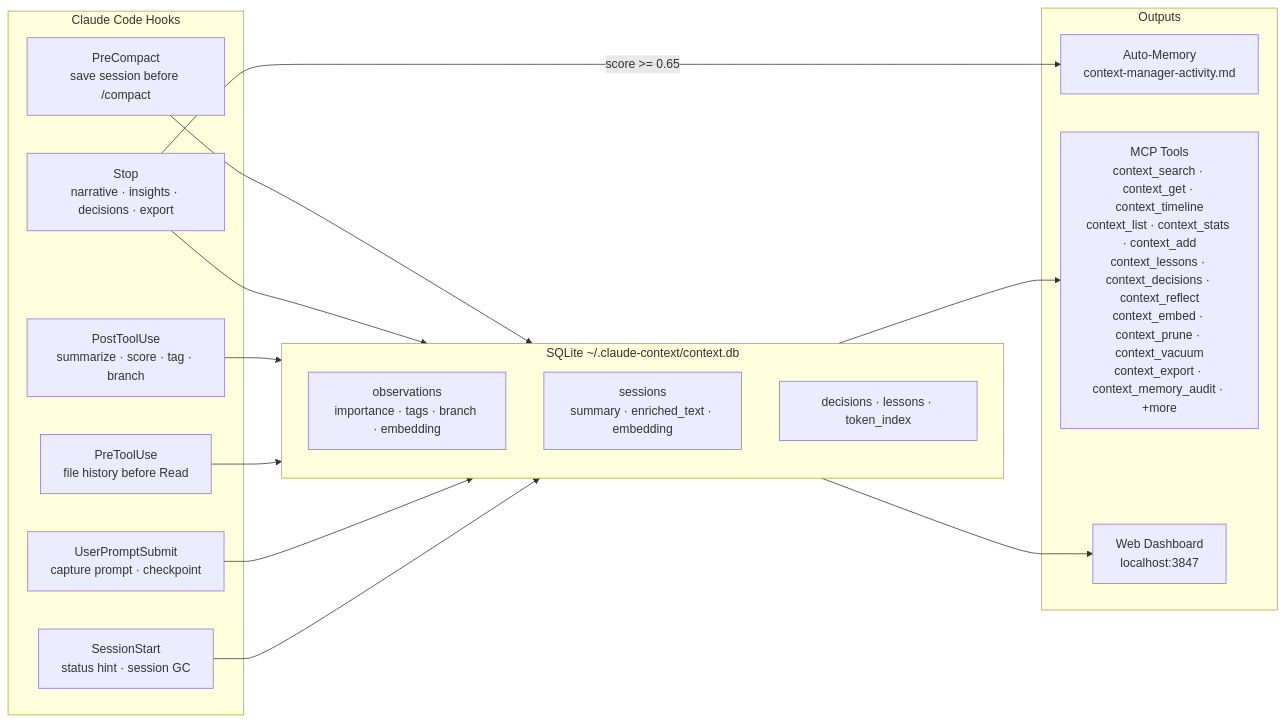
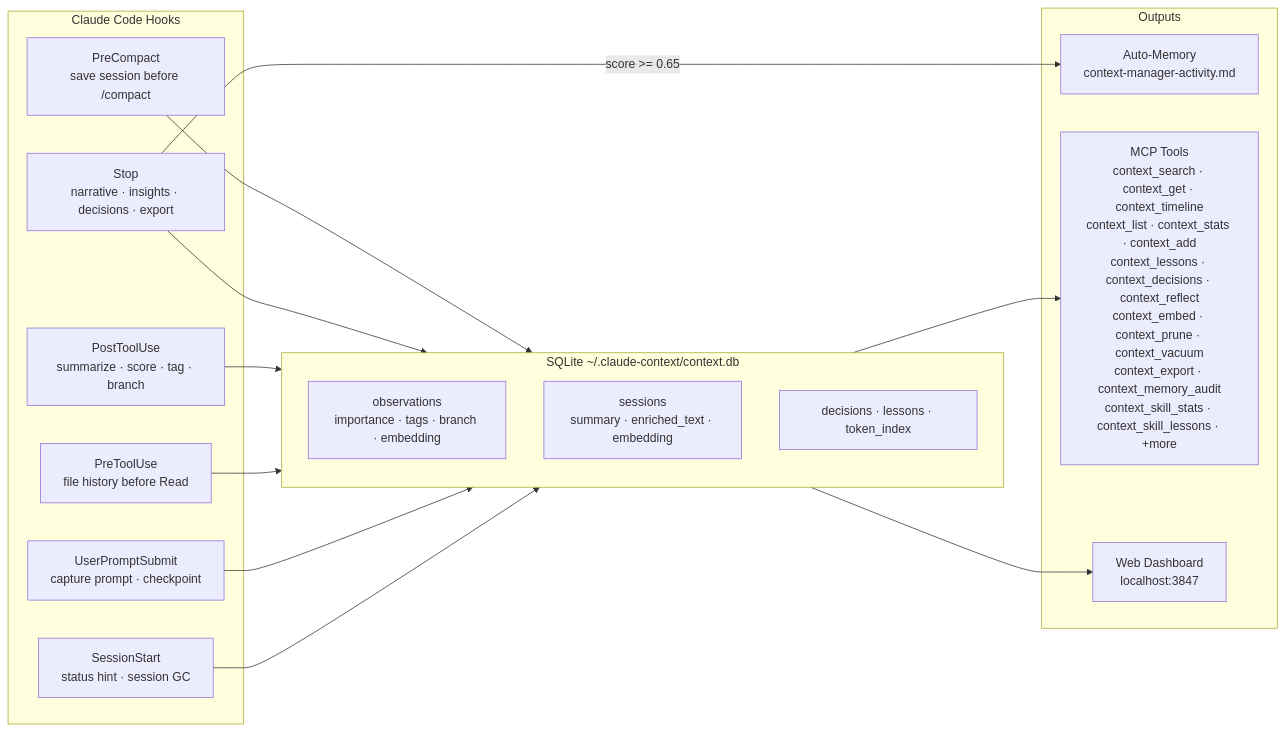
The diagram in README.md (mrlesmithjr/claude-context-manager), drawn with Mermaid before and after one commit. The commit also changed other lines of this file and 19 other files, not shown here.

````diff
--- a/README.md
+++ b/README.md
@@ -318,28 +320,28 @@
 ```mermaid
 flowchart LR
     subgraph hooks["Claude Code Hooks"]
         SI["SessionStart\nstatus hint · session GC"]
         UP["UserPromptSubmit\ncapture prompt · checkpoint"]
         FC["PreToolUse\nfile history before Read"]
         PT["PostToolUse\nsummarize · score · tag · branch"]
         SE["Stop\nnarrative · insights · decisions · export"]
         PC["PreCompact\nsave session before /compact"]
     end
 
     subgraph db["SQLite ~/.claude-context/context.db"]
         OBS["observations\nimportance · tags · branch · embedding"]
         SES["sessions\nsummary · enriched_text · embedding"]
         DEC["decisions · lessons · token_index"]
     end
 
     subgraph out["Outputs"]
         MEM["Auto-Memory\ncontext-manager-activity.md"]
-        MCP["MCP Tools\ncontext_search · context_get · context_timeline\ncontext_list · context_stats · context_add\ncontext_lessons · context_decisions · context_reflect\ncontext_embed · context_prune · context_vacuum\ncontext_export · context_memory_audit · +more"]
+        MCP["MCP Tools\ncontext_search · context_get · context_timeline\ncontext_list · context_stats · context_add\ncontext_lessons · context_decisions · context_reflect\ncontext_embed · context_prune · context_vacuum\ncontext_export · context_memory_audit\ncontext_skill_stats · context_skill_lessons · +more"]
         WEB["Web Dashboard\nlocalhost:3847"]
     end
 
     SI & UP & FC & PT & SE & PC --> db
     SE -->|"score >= 0.65"| MEM
     db --> MCP
     db --> WEB
 ```
````
